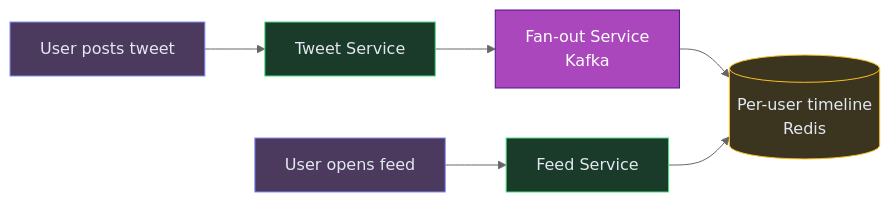
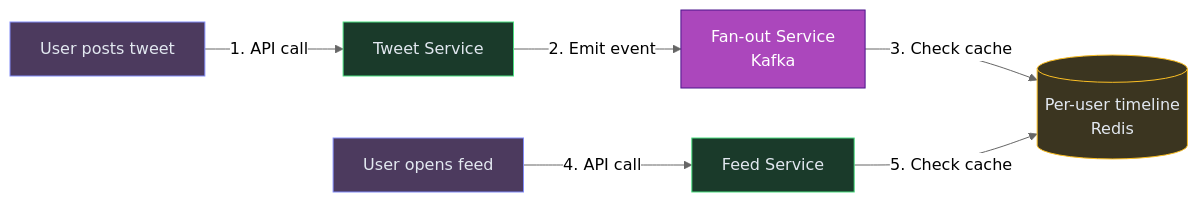
Before and after one commit to iluzn/HLD-Designs: the first of 12 diagrams in content/hld/TwitterFeed.md, drawn with Mermaid (neutral theme). The commit also changed other lines of this file and 27 other files, not shown here.

````diff
--- a/content/hld/TwitterFeed.md
+++ b/content/hld/TwitterFeed.md
@@ -19,20 +19,20 @@
 ```mermaid
 flowchart LR
     POSTER["User posts tweet"]:::client
     API["Tweet Service"]:::service
     K["Fan-out Service<br/>Kafka"]:::async
     CACHE[("Per-user timeline<br/>Redis")]:::data
     READER["User opens feed"]:::client
     FEED["Feed Service"]:::service
 
-    POSTER --> API
-    API --> K
-    K --> CACHE
-    READER --> FEED
-    FEED --> CACHE
+    POSTER -->|"1. API call"| API
+    API -->|"2. Emit event"| K
+    K -->|"3. Check cache"| CACHE
+    READER -->|"4. API call"| FEED
+    FEED -->|"5. Check cache"| CACHE
 
     classDef client fill:#4c3a5e,stroke:#818cf8,color:#e2e8f0
     classDef service fill:#1a3a2a,stroke:#4ade80,color:#e2e8f0
     classDef async fill:#AB47BC,stroke:#4A148C,color:#fff
     classDef data fill:#3b3520,stroke:#fbbf24,color:#e2e8f0
 ```
````
